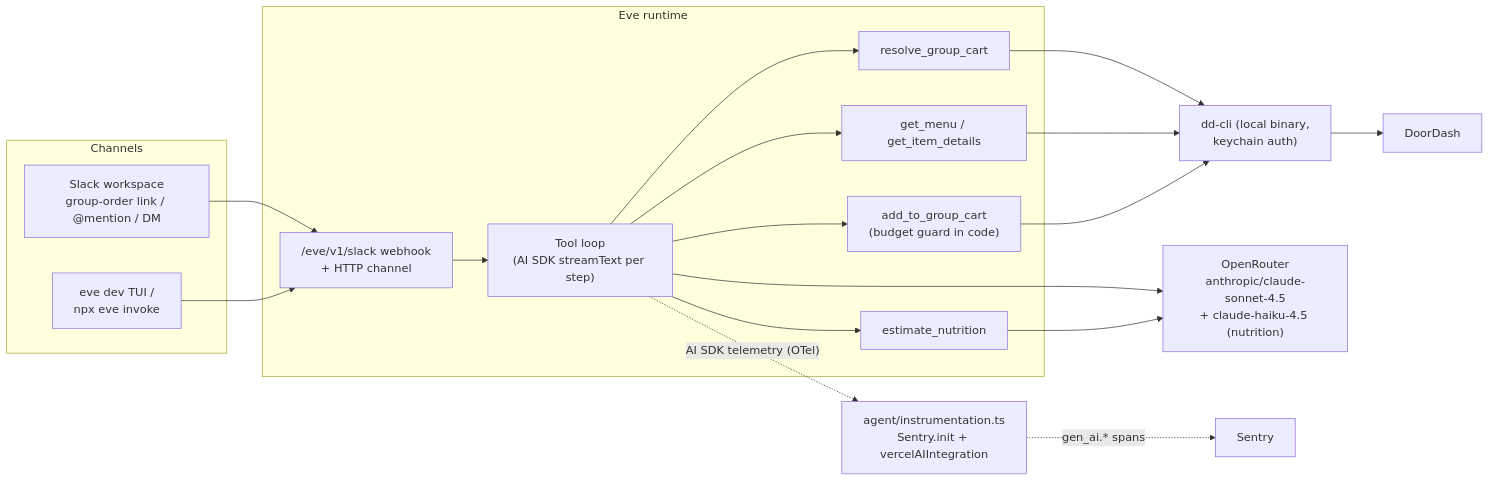
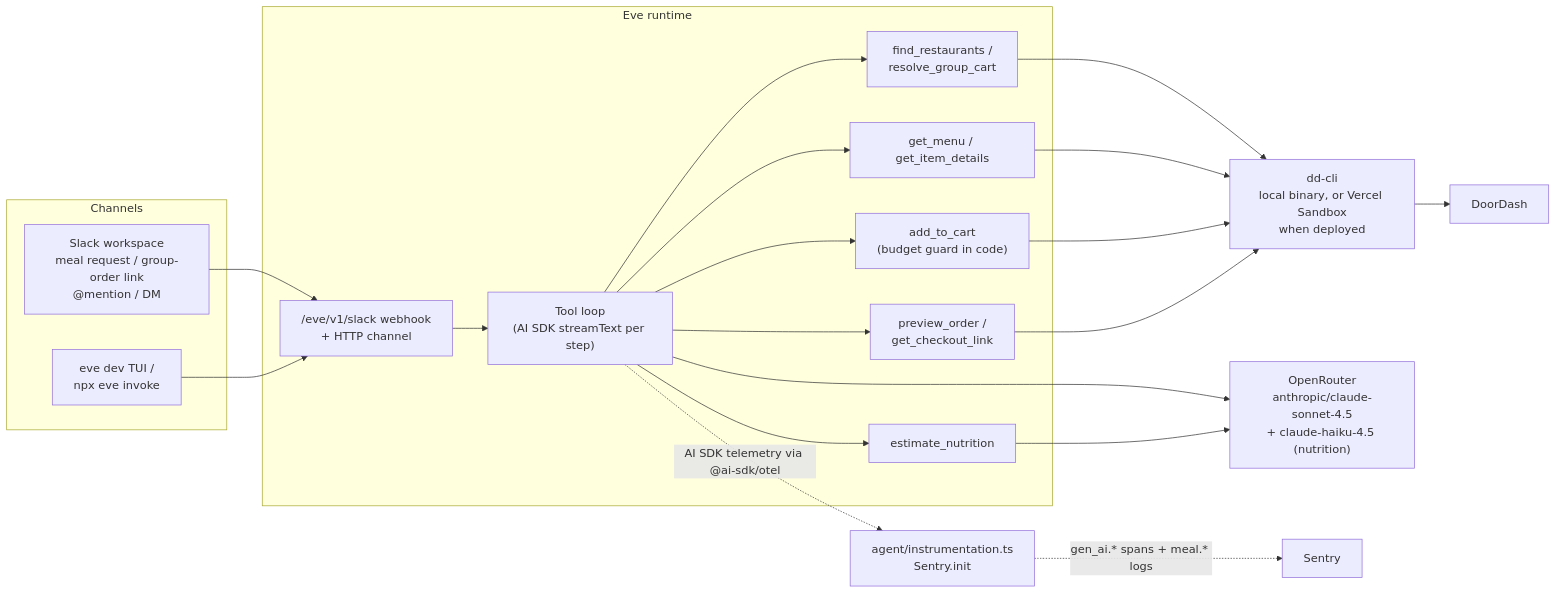
Before and after one commit to getsentry/sentry-agent-tracing-examples: the first of 3 diagrams in ARCHITECTURE.md, drawn with Mermaid. The commit also changed other lines of this file and 2 other files, not shown here.

````diff
--- a/ARCHITECTURE.md
+++ b/ARCHITECTURE.md
@@ -59,32 +70,33 @@
 ```mermaid
 flowchart LR
     subgraph channels["Channels"]
-        slack["Slack workspace<br/>group-order link / @mention / DM"]
+        slack["Slack workspace<br/>meal request / group-order link<br/>@mention / DM"]
         tui["eve dev TUI /<br/>npx eve invoke"]
     end
     subgraph eve["Eve runtime"]
         webhook["/eve/v1/slack webhook<br/>+ HTTP channel"]
         loop["Tool loop<br/>(AI SDK streamText per step)"]
-        t1["resolve_group_cart"]
+        t1["find_restaurants /<br/>resolve_group_cart"]
         t2["get_menu / get_item_details"]
         t3["estimate_nutrition"]
-        t4["add_to_group_cart<br/>(budget guard in code)"]
+        t4["add_to_cart<br/>(budget guard in code)"]
+        t5["preview_order /<br/>get_checkout_link"]
     end
-    dd["dd-cli (local binary,<br/>keychain auth)"]
+    dd["dd-cli<br/>local binary, or Vercel Sandbox<br/>when deployed"]
     dash["DoorDash"]
     or["OpenRouter<br/>anthropic/claude-sonnet-4.5<br/>+ claude-haiku-4.5 (nutrition)"]
-    inst["agent/instrumentation.ts<br/>Sentry.init + vercelAIIntegration"]
+    inst["agent/instrumentation.ts<br/>Sentry.init"]
     sentry["Sentry"]
 
     slack --> webhook
     tui --> webhook
     webhook --> loop
     loop --> or
-    loop --> t1 & t2 & t4
+    loop --> t1 & t2 & t4 & t5
     loop --> t3
     t3 --> or
-    t1 & t2 & t4 --> dd
+    t1 & t2 & t4 & t5 --> dd
     dd --> dash
-    loop -. "AI SDK telemetry (OTel)" .-> inst
-    inst -. "gen_ai.* spans" .-> sentry
+    loop -. "AI SDK telemetry via @ai-sdk/otel" .-> inst
+    inst -. "gen_ai.* spans + meal.* logs" .-> sentry
 ```
````
